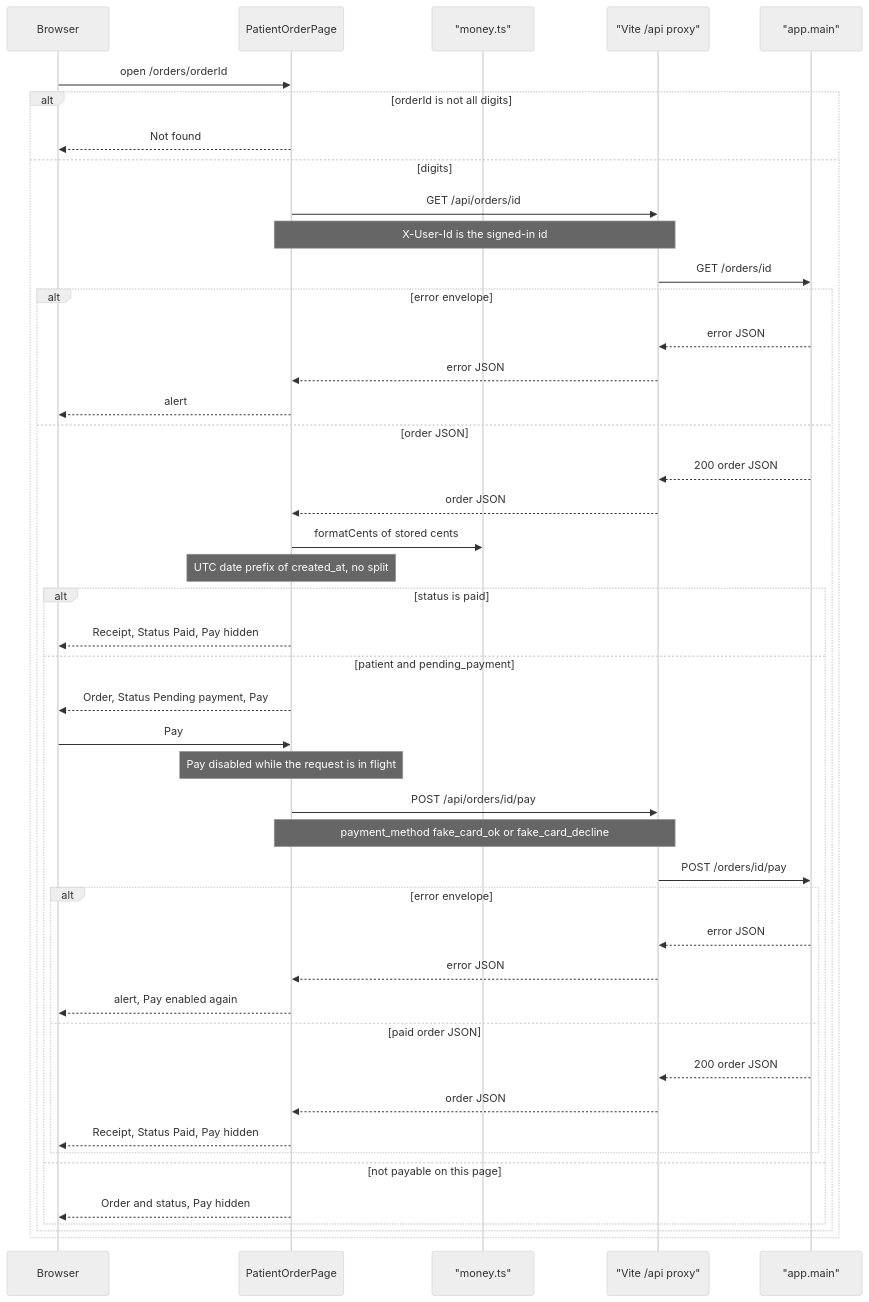
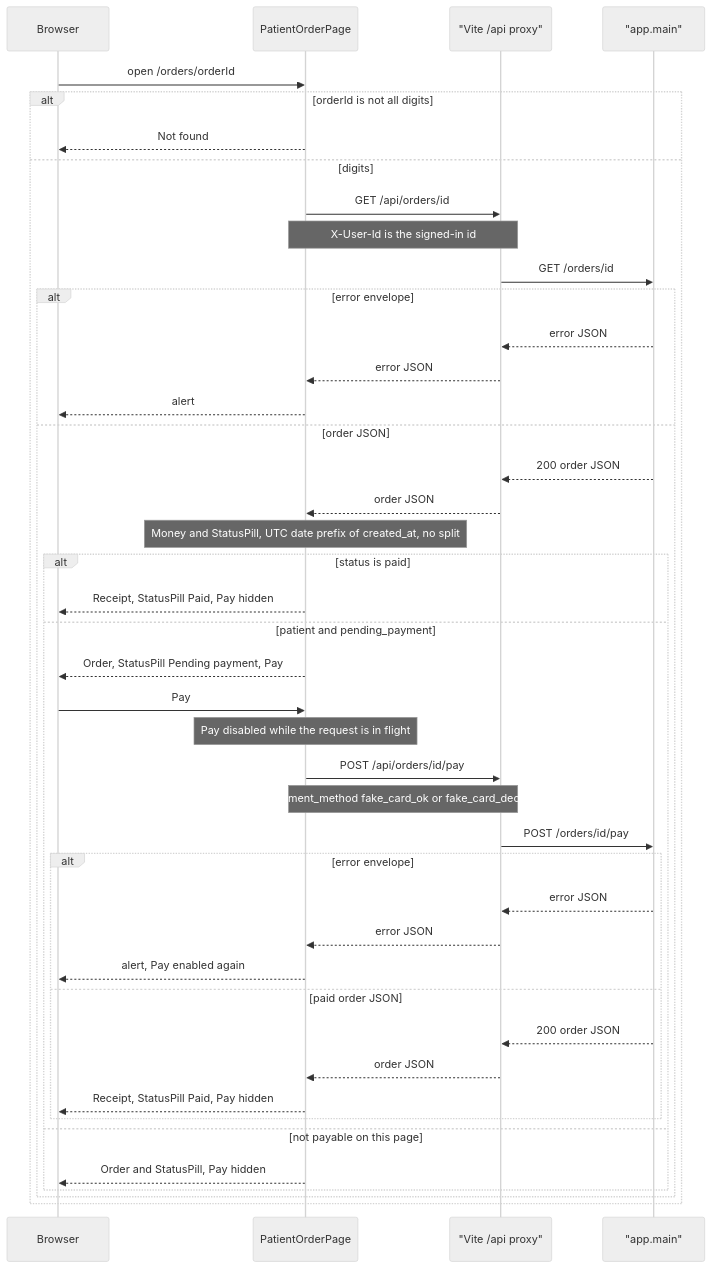
The seventh of 10 diagrams in docs/diagrams/flows/frontend-shell.md (drtclem/cerbo_wk1), drawn with Mermaid (neutral theme) before and after one commit. The commit also changed other lines of this file and 26 other files, not shown here.

````diff
--- a/docs/diagrams/flows/frontend-shell.md
+++ b/docs/diagrams/flows/frontend-shell.md
@@ -308,48 +306,46 @@
 ```mermaid
 sequenceDiagram
   participant Browser
   participant Page as PatientOrderPage
-  participant Money as "money.ts"
   participant Proxy as "Vite /api proxy"
   participant API as "app.main"
 
   Browser->>Page: open /orders/orderId
   alt orderId is not all digits
     Page-->>Browser: Not found
   else digits
     Page->>Proxy: GET /api/orders/id
     Note over Page,Proxy: X-User-Id is the signed-in id
     Proxy->>API: GET /orders/id
     alt error envelope
       API-->>Proxy: error JSON
       Proxy-->>Page: error JSON
       Page-->>Browser: alert
     else order JSON
       API-->>Proxy: 200 order JSON
       Proxy-->>Page: order JSON
-      Page->>Money: formatCents of stored cents
-      Note over Page: UTC date prefix of created_at, no split
+      Note over Page: Money and StatusPill, UTC date prefix of created_at, no split
       alt status is paid
-        Page-->>Browser: Receipt, Status Paid, Pay hidden
+        Page-->>Browser: Receipt, StatusPill Paid, Pay hidden
       else patient and pending_payment
-        Page-->>Browser: Order, Status Pending payment, Pay
+        Page-->>Browser: Order, StatusPill Pending payment, Pay
         Browser->>Page: Pay
         Note over Page: Pay disabled while the request is in flight
         Page->>Proxy: POST /api/orders/id/pay
         Note over Page,Proxy: payment_method fake_card_ok or fake_card_decline
         Proxy->>API: POST /orders/id/pay
         alt error envelope
           API-->>Proxy: error JSON
           Proxy-->>Page: error JSON
           Page-->>Browser: alert, Pay enabled again
         else paid order JSON
           API-->>Proxy: 200 order JSON
           Proxy-->>Page: order JSON
-          Page-->>Browser: Receipt, Status Paid, Pay hidden
+          Page-->>Browser: Receipt, StatusPill Paid, Pay hidden
         end
       else not payable on this page
-        Page-->>Browser: Order and status, Pay hidden
+        Page-->>Browser: Order and StatusPill, Pay hidden
       end
     end
   end
 ```
````
